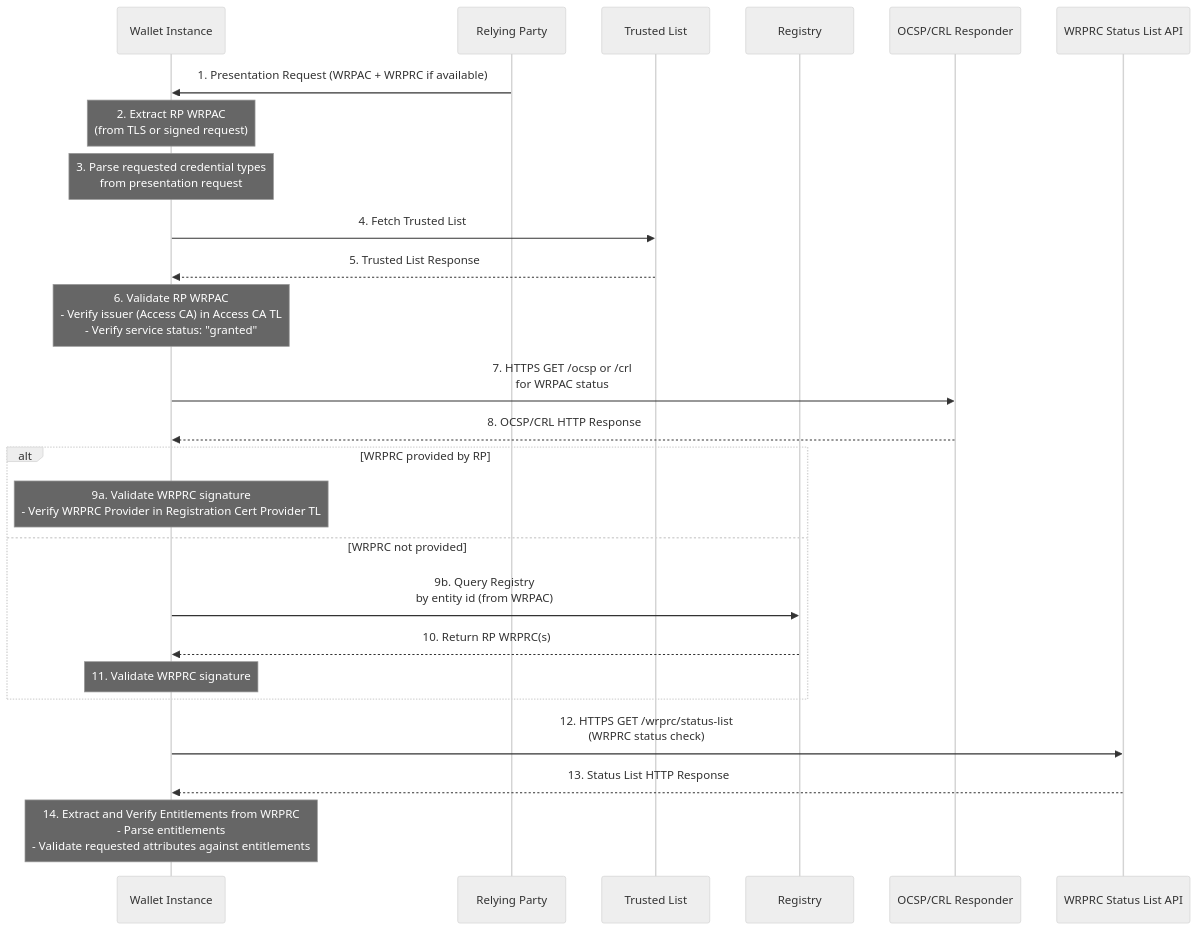
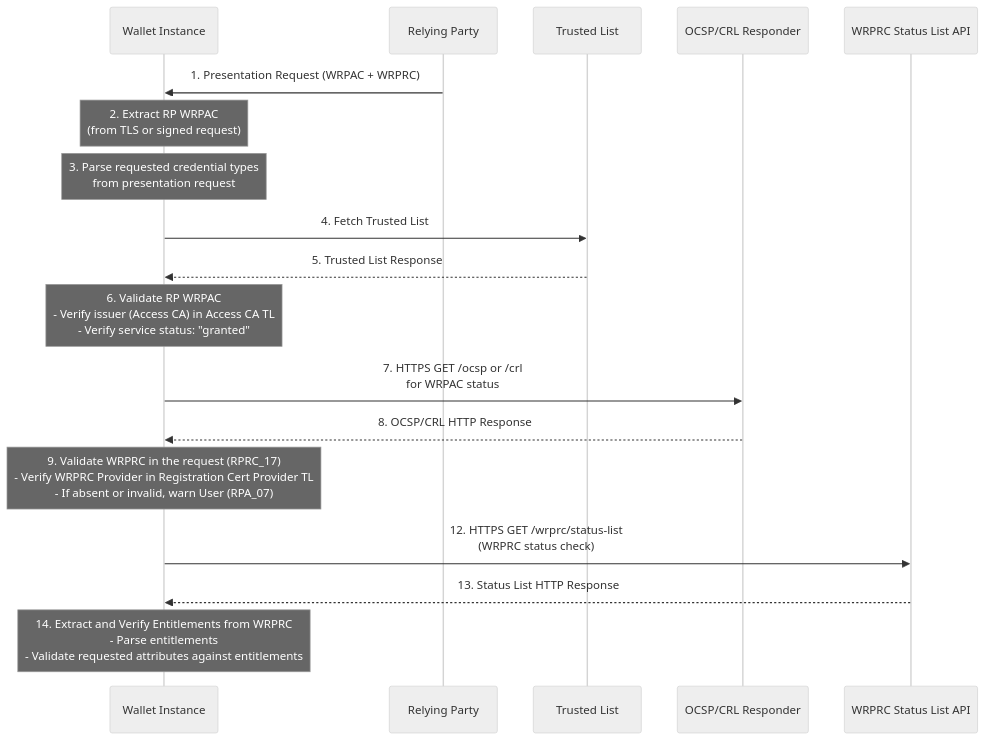
One commit to webuild-consortium/wp4-trust-group changed the second of 9 diagrams in task2-trust-framework/eudi-wallet-trust-and-entitlement-discovery.md. Above: the diagram before and after it, drawn with Mermaid (neutral theme). The commit also changed other lines of this file and 24 other files, not shown here.

````diff
--- a/task2-trust-framework/eudi-wallet-trust-and-entitlement-discovery.md
+++ b/task2-trust-framework/eudi-wallet-trust-and-entitlement-discovery.md
@@ -108,31 +111,24 @@
 ```mermaid
 sequenceDiagram
     participant W as Wallet Instance
     participant RP as Relying Party
     participant TL as Trusted List
-    participant NR as Registry
     participant OCSP as OCSP/CRL Responder
     participant RCStatus as WRPRC Status List API
 
-    RP->>W: 1. Presentation Request (WRPAC + WRPRC if available)
+    RP->>W: 1. Presentation Request (WRPAC + WRPRC)
     Note over W: 2. Extract RP WRPAC<br/>(from TLS or signed request)
     Note over W: 3. Parse requested credential types<br/>from presentation request
     W->>TL: 4. Fetch Trusted List
     TL-->>W: 5. Trusted List Response
     Note over W: 6. Validate RP WRPAC<br/>- Verify issuer (Access CA) in Access CA TL<br/>- Verify service status: "granted"
     W->>OCSP: 7. HTTPS GET /ocsp or /crl<br/>for WRPAC status
     OCSP-->>W: 8. OCSP/CRL HTTP Response
     
-    alt WRPRC provided by RP
-        Note over W: 9a. Validate WRPRC signature<br/>- Verify WRPRC Provider in Registration Cert Provider TL
-    else WRPRC not provided
-        W->>NR: 9b. Query Registry<br/>by entity id (from WRPAC)
-        NR-->>W: 10. Return RP WRPRC(s)
-        Note over W: 11. Validate WRPRC signature
-    end
+    Note over W: 9. Validate WRPRC in the request (RPRC_17)<br/>- Verify WRPRC Provider in Registration Cert Provider TL<br/>- If absent or invalid, warn User (RPA_07)
     
     W->>RCStatus: 12. HTTPS GET /wrprc/status-list<br/>(WRPRC status check)
     RCStatus-->>W: 13. Status List HTTP Response
     
     Note over W: 14. Extract and Verify Entitlements from WRPRC<br/>- Parse entitlements<br/>- Validate requested attributes against entitlements
 ```
````
